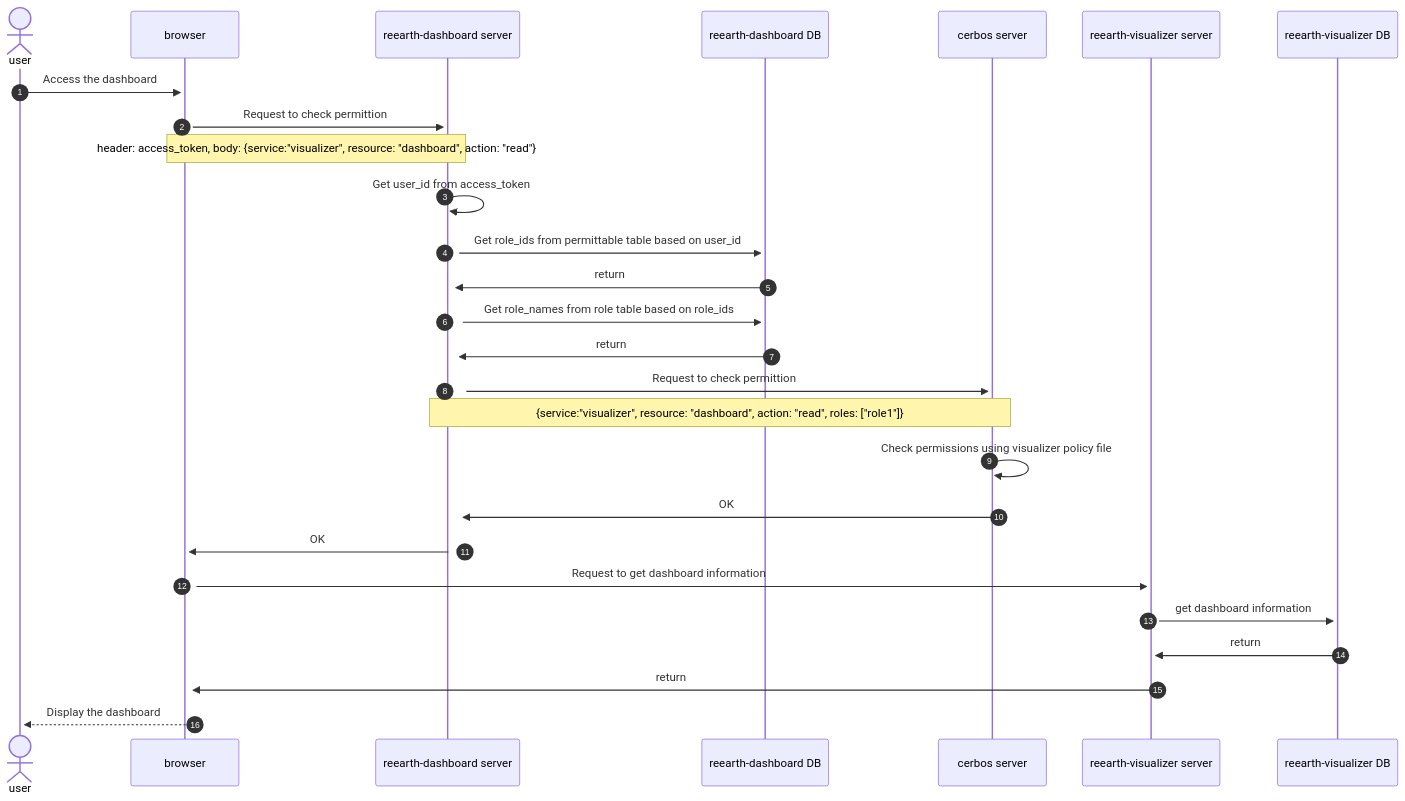
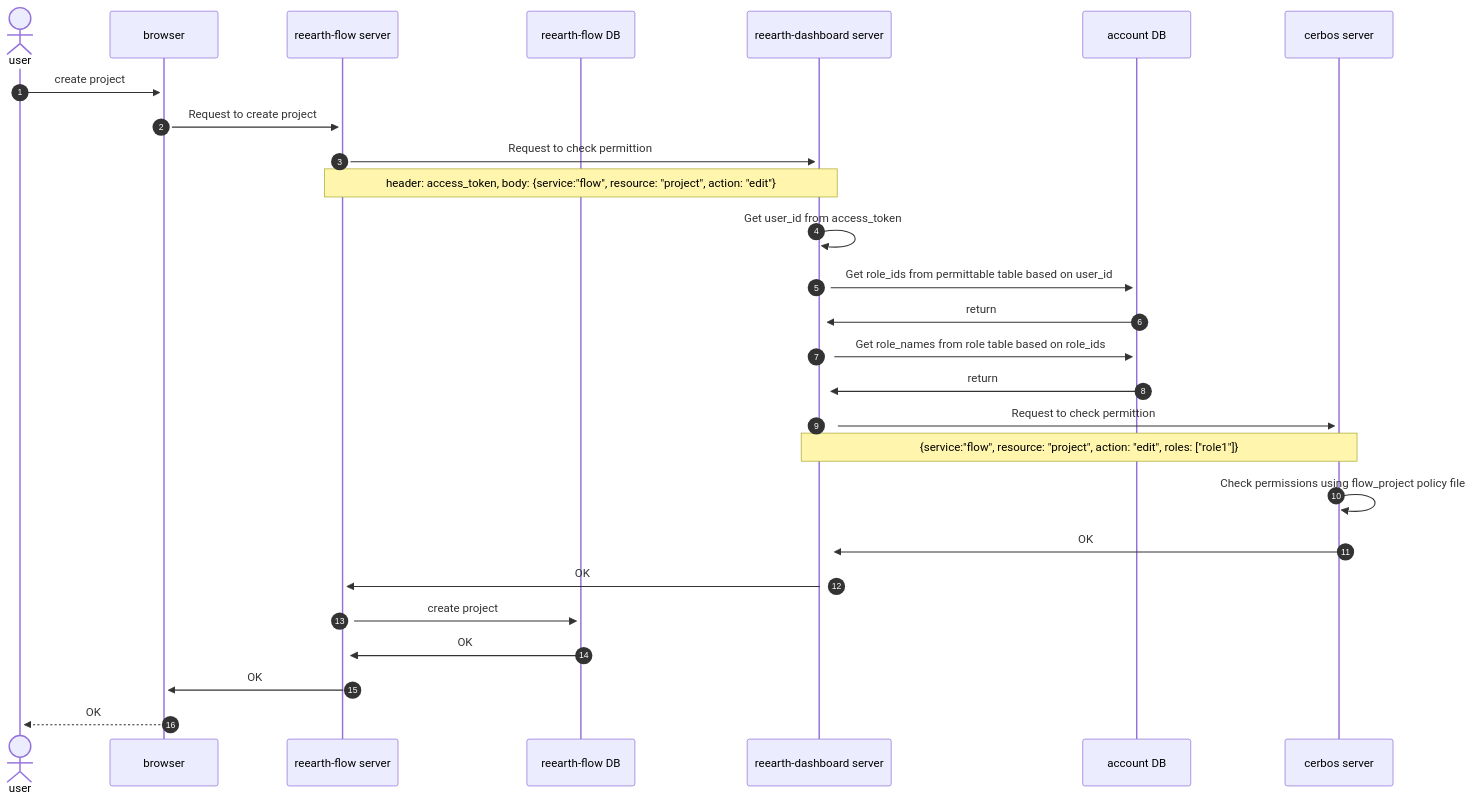
One commit to reearth/reearth-accounts changed the diagram in docs/sequence/check_permission.md. Above: the diagram before and after it, drawn with Mermaid. The commit also changed other lines of this file, not shown here.

````diff
--- a/docs/sequence/check_permission.md
+++ b/docs/sequence/check_permission.md
@@ -3,31 +3,31 @@
 ```mermaid
 sequenceDiagram
 autonumber
 
 actor user
 participant browser
-participant accountServer as reearth-dashboard server
-participant accountDB as reearth-dashboard DB
+participant flowServer as reearth-flow server
+participant flowDB as reearth-flow DB
+participant dashboardServer as reearth-dashboard server
+participant accountDB as account DB
 participant cerbos as cerbos server
-participant visualizerServer as reearth-visualizer server
-participant visualizerDB as reearth-visualizer DB
 
-user ->>+ browser :Access the dashboard
-browser ->>+ accountServer :Request to check permittion
-note over browser, accountServer: header: access_token, body: {service:"visualizer", resource: "dashboard", action: "read"}
-accountServer ->>+ accountServer :Get user_id from access_token
-accountServer ->>+ accountDB :Get role_ids from permittable table based on user_id
-accountDB ->>+ accountServer :return
-accountServer ->>+ accountDB :Get role_names from role table based on role_ids
-accountDB ->>+ accountServer :return
-accountServer ->>+ cerbos :Request to check permittion
-note over accountServer, cerbos: {service:"visualizer", resource: "dashboard", action: "read", roles: ["role1"]}
-cerbos ->>+ cerbos :Check permissions using visualizer policy file
-cerbos ->>+ accountServer :OK
-accountServer ->>+ browser :OK
-browser ->>+ visualizerServer: Request to get dashboard information
-visualizerServer ->>+ visualizerDB: get dashboard information
-visualizerDB ->>+ visualizerServer :return
-visualizerServer ->>+ browser :return
-browser -->>+ user: Display the dashboard
+user ->>+ browser :create project
+browser ->>+ flowServer :Request to create project
+flowServer ->>+ dashboardServer :Request to check permittion
+note over flowServer, dashboardServer: header: access_token, body: {service:"flow", resource: "project", action: "edit"}
+dashboardServer ->>+ dashboardServer :Get user_id from access_token
+dashboardServer ->>+ accountDB :Get role_ids from permittable table based on user_id
+accountDB ->>+ dashboardServer :return
+dashboardServer ->>+ accountDB :Get role_names from role table based on role_ids
+accountDB ->>+ dashboardServer :return
+dashboardServer ->>+ cerbos :Request to check permittion
+note over dashboardServer, cerbos: {service:"flow", resource: "project", action: "edit", roles: ["role1"]}
+cerbos ->>+ cerbos :Check permissions using flow_project policy file
+cerbos ->>+ dashboardServer :OK
+dashboardServer ->>+ flowServer :OK
+flowServer ->>+ flowDB: create project
+flowDB ->>+ flowServer :OK
+flowServer ->>+ browser :OK
+browser -->>+ user: OK
 ```
````
